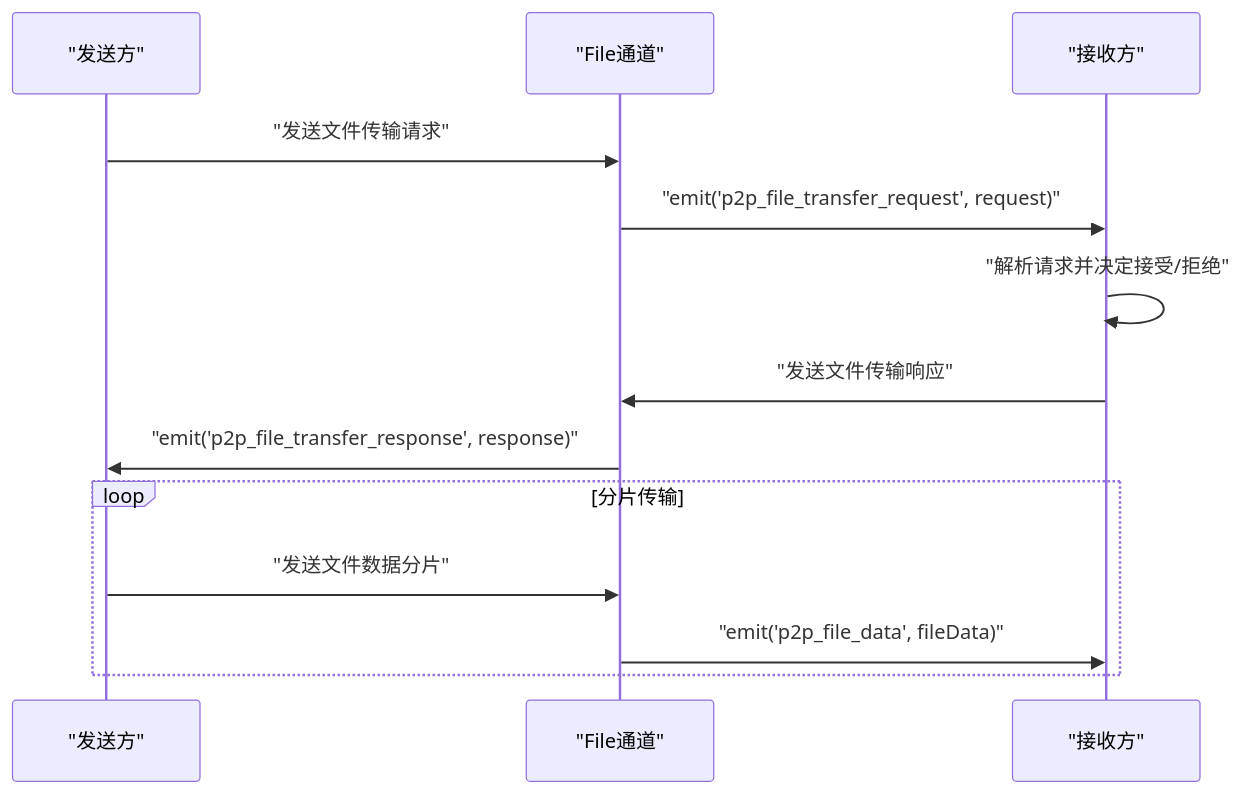
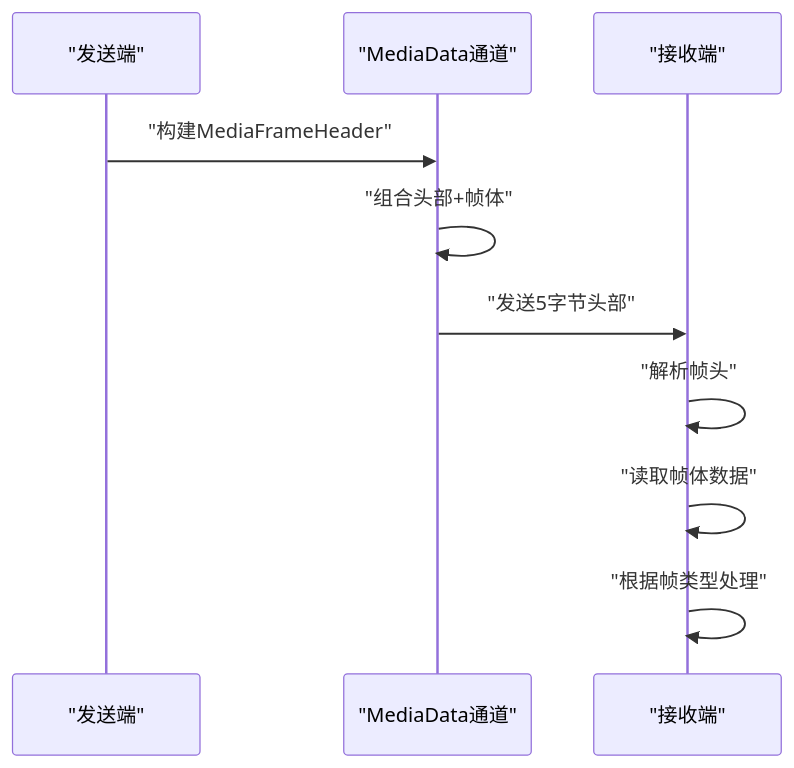
Before and after one commit to nicolastinger/only-talk-app: diagram 11 of 13 in .qoder/repowiki/zh/content/网络通信/网络通信.md, drawn with Mermaid. The commit also changed other lines of this file and 17 other files, not shown here.

````diff
--- a/.qoder/repowiki/zh/content/网络通信/网络通信.md
+++ b/.qoder/repowiki/zh/content/网络通信/网络通信.md
@@ -416,15 +487,12 @@
 ```mermaid
 sequenceDiagram
-participant Sender as "发送方"
-participant FileChannel as "File通道"
-participant Receiver as "接收方"
-Sender->>FileChannel : "发送文件传输请求"
-FileChannel->>Receiver : "emit('p2p_file_transfer_request', request)"
-Receiver->>Receiver : "解析请求并决定接受/拒绝"
-Receiver->>FileChannel : "发送文件传输响应"
-FileChannel->>Sender : "emit('p2p_file_transfer_response', response)"
-loop 分片传输
-Sender->>FileChannel : "发送文件数据分片"
-FileChannel->>Receiver : "emit('p2p_file_data', fileData)"
-end
+participant Sender as "发送端"
+participant MediaData as "MediaData通道"
+participant Receiver as "接收端"
+Sender->>MediaData : "构建MediaFrameHeader"
+MediaData->>MediaData : "组合头部+帧体"
+MediaData->>Receiver : "发送5字节头部"
+Receiver->>Receiver : "解析帧头"
+Receiver->>Receiver : "读取帧体数据"
+Receiver->>Receiver : "根据帧类型处理"
 ```
````
